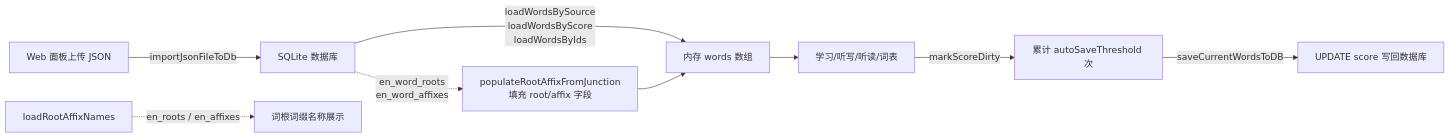
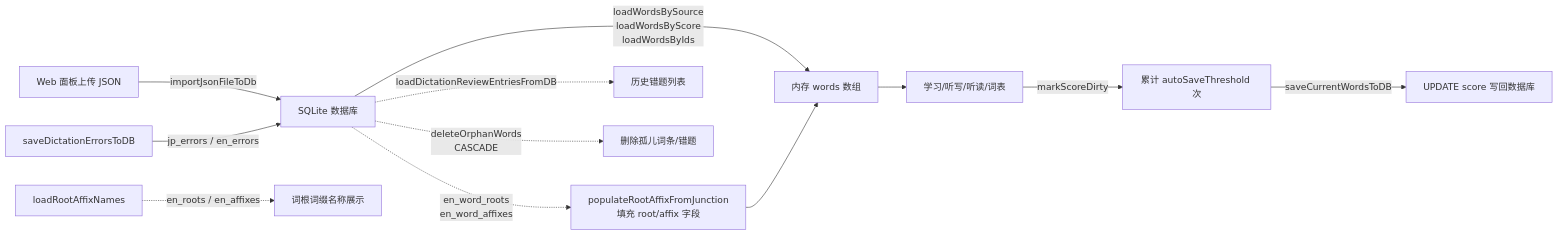
Before and after one commit to Mr-xiaotian/WordCardputer: the diagram in docs/zh-CN/DataFormat.md, drawn with Mermaid. The commit also changed other lines of this file and 12 other files, not shown here.

````diff
--- a/docs/zh-CN/DataFormat.md
+++ b/docs/zh-CN/DataFormat.md
@@ -214,11 +253,14 @@
 ```mermaid
 flowchart LR
     A[SQLite 数据库] -->|loadWordsBySource<br/>loadWordsByScore<br/>loadWordsByIds| B[内存 words 数组]
     A -.->|en_word_roots<br/>en_word_affixes| D[populateRootAffixFromJunction<br/>填充 root/affix 字段]
     D --> B
     B --> C[学习/听写/听读/词表]
     C -->|markScoreDirty| E[累计 autoSaveThreshold 次]
     E -->|saveCurrentWordsToDB| F[UPDATE score 写回数据库]
     G[Web 面板上传 JSON] -->|importJsonFileToDb| A
     H[loadRootAffixNames] -.->|en_roots / en_affixes| I[词根词缀名称展示]
+    J[saveDictationErrorsToDB] -->|jp_errors / en_errors| A
+    A -.->|loadDictationReviewEntriesFromDB| K[历史错题列表]
+    A -.->|deleteOrphanWords<br/>CASCADE| L[删除孤儿词条/错题]
 ```
````
